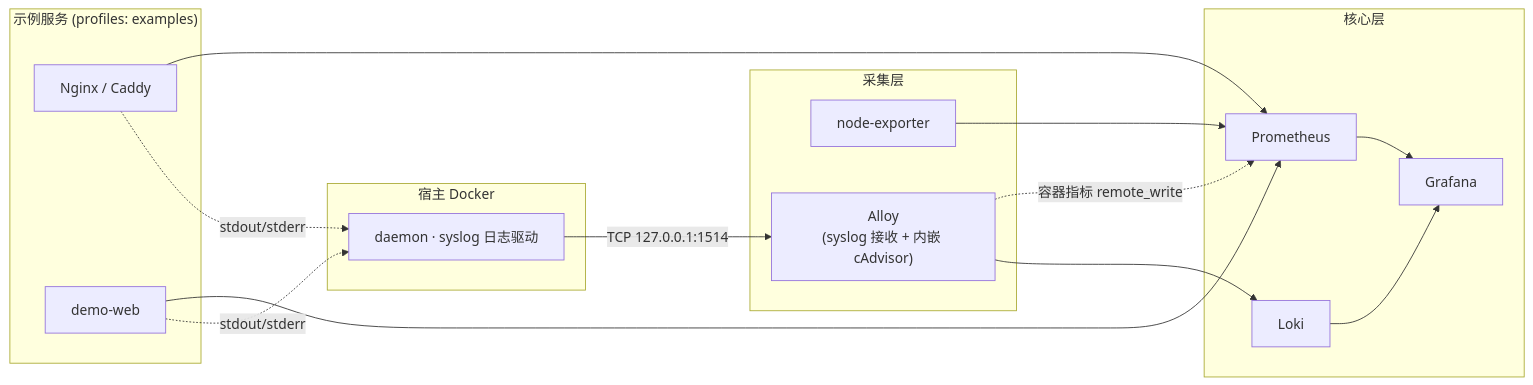
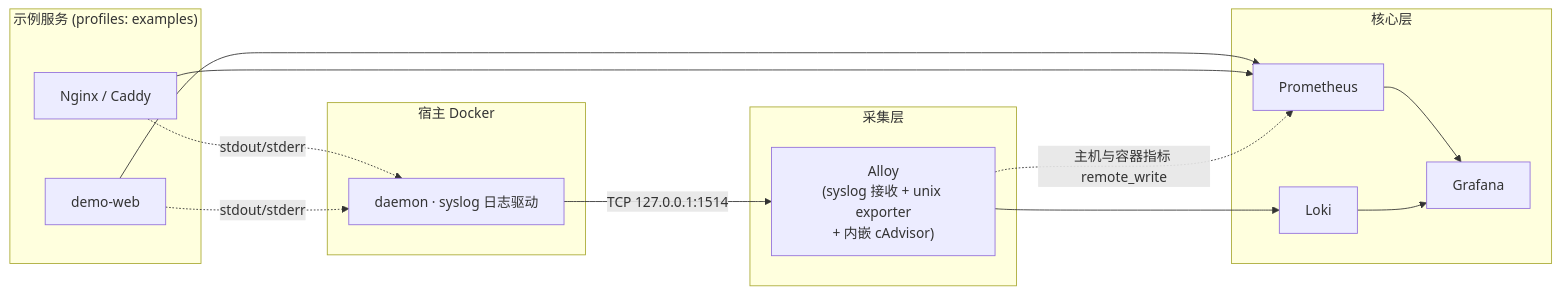
The diagram in README.md (skarner2016/infra-observability-starter), drawn with Mermaid before and after one commit. The commit also changed other lines of this file and 6 other files, not shown here.

````diff
--- a/README.md
+++ b/README.md
@@ -7,33 +7,31 @@
 ```mermaid
 flowchart LR
   subgraph ex["示例服务 (profiles: examples)"]
     proxy[Nginx / Caddy]
     web[demo-web]
   end
 
   subgraph collect["采集层"]
-    node[node-exporter]
-    alloy["Alloy<br/>(syslog 接收 + 内嵌 cAdvisor)"]
+    alloy["Alloy<br/>(syslog 接收 + unix exporter<br/>+ 内嵌 cAdvisor)"]
   end
 
   subgraph host["宿主 Docker"]
     daemon[daemon · syslog 日志驱动]
   end
 
   subgraph core["核心层"]
     prom[Prometheus]
     loki[Loki]
     graf[Grafana]
   end
 
-  node --> prom
   web --> prom
   proxy --> prom
-  alloy -. 容器指标 remote_write .-> prom
+  alloy -. 主机与容器指标 remote_write .-> prom
   proxy -. stdout/stderr .-> daemon
   web -. stdout/stderr .-> daemon
   daemon -->|TCP 127.0.0.1:1514| alloy
   alloy --> loki
   prom --> graf
   loki --> graf
 ```
````
